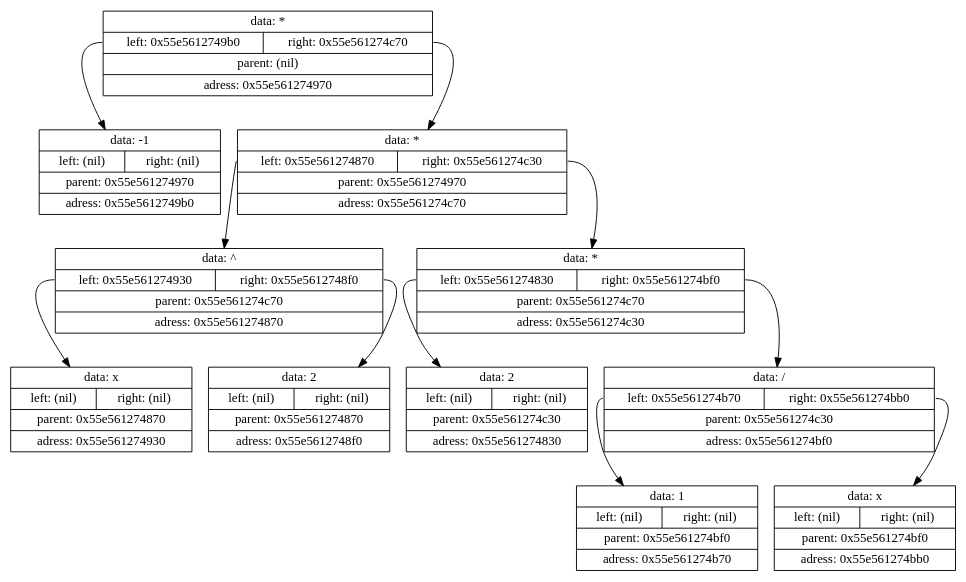
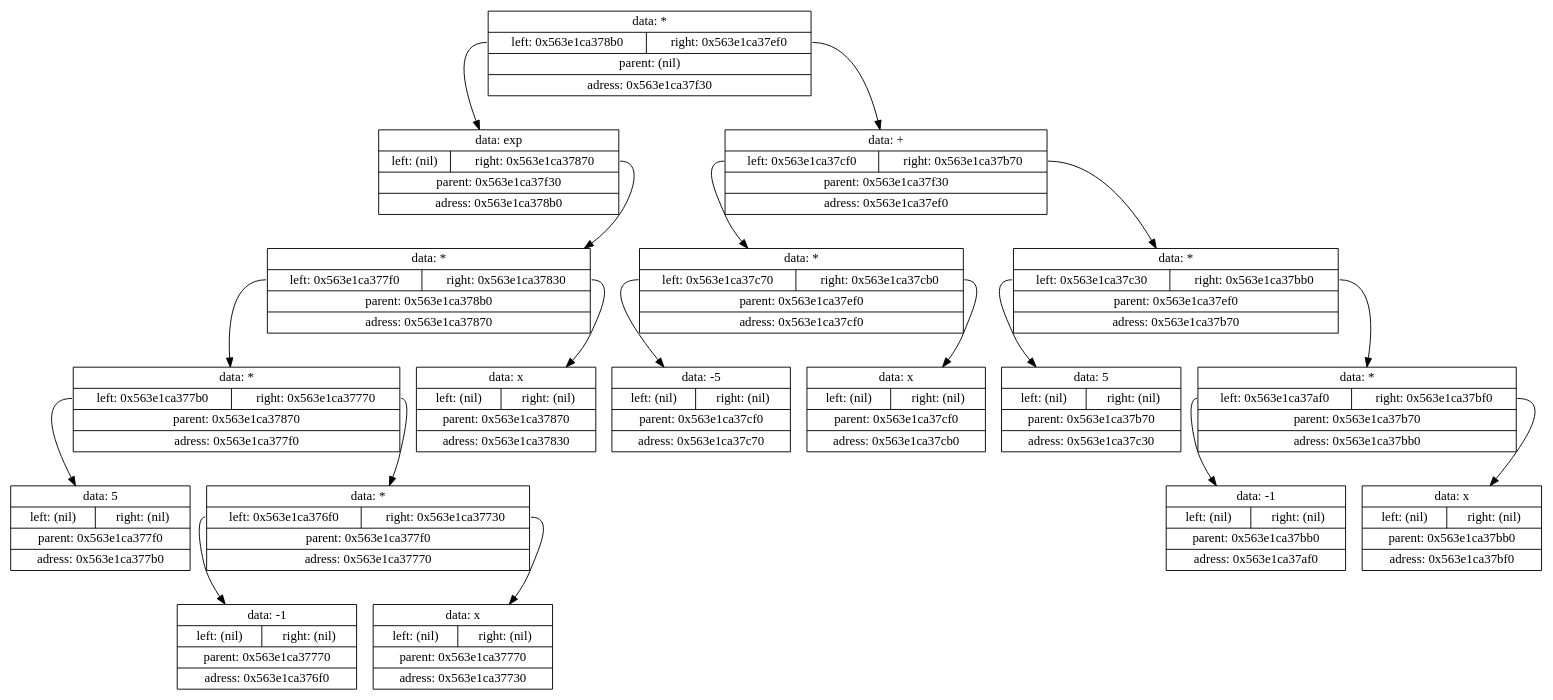
Before and after one commit to Shishqa/MIPT_1sem_C_lang: the diagram in Projects/8.Differenciator/log/tmp/tempautogeneratedlog.gv, drawn with Graphviz. The commit also changed 16 other files, not shown here.

```diff
--- a/Projects/8.Differenciator/log/tmp/tempautogeneratedlog.gv
+++ b/Projects/8.Differenciator/log/tmp/tempautogeneratedlog.gv
@@ -1,25 +1,39 @@
 digraph dump
 {
-	node0x55e561274970 [shape = "record", label = "{<f1>data: *|{<f2>left: 0x55e5612749b0|<f3>right: 0x55e561274c70}|<f4>parent: (nil)|<f5>adress: 0x55e561274970}"];
-	node0x55e5612749b0 [shape = "record", label = "{<f1>data: -1|{<f2>left: (nil)|<f3>right: (nil)}|<f4>parent: 0x55e561274970|<f5>adress: 0x55e5612749b0}"];
-	node0x55e561274970:f2 -> node0x55e5612749b0
-	node0x55e561274c70 [shape = "record", label = "{<f1>data: *|{<f2>left: 0x55e561274870|<f3>right: 0x55e561274c30}|<f4>parent: 0x55e561274970|<f5>adress: 0x55e561274c70}"];
-	node0x55e561274870 [shape = "record", label = "{<f1>data: ^|{<f2>left: 0x55e561274930|<f3>right: 0x55e5612748f0}|<f4>parent: 0x55e561274c70|<f5>adress: 0x55e561274870}"];
-	node0x55e561274930 [shape = "record", label = "{<f1>data: x|{<f2>left: (nil)|<f3>right: (nil)}|<f4>parent: 0x55e561274870|<f5>adress: 0x55e561274930}"];
-	node0x55e561274870:f2 -> node0x55e561274930
-	node0x55e5612748f0 [shape = "record", label = "{<f1>data: 2|{<f2>left: (nil)|<f3>right: (nil)}|<f4>parent: 0x55e561274870|<f5>adress: 0x55e5612748f0}"];
-	node0x55e561274870:f3 -> node0x55e5612748f0
-	node0x55e561274c70:f2 -> node0x55e561274870
-	node0x55e561274c30 [shape = "record", label = "{<f1>data: *|{<f2>left: 0x55e561274830|<f3>right: 0x55e561274bf0}|<f4>parent: 0x55e561274c70|<f5>adress: 0x55e561274c30}"];
-	node0x55e561274830 [shape = "record", label = "{<f1>data: 2|{<f2>left: (nil)|<f3>right: (nil)}|<f4>parent: 0x55e561274c30|<f5>adress: 0x55e561274830}"];
-	node0x55e561274c30:f2 -> node0x55e561274830
-	node0x55e561274bf0 [shape = "record", label = "{<f1>data: /|{<f2>left: 0x55e561274b70|<f3>right: 0x55e561274bb0}|<f4>parent: 0x55e561274c30|<f5>adress: 0x55e561274bf0}"];
-	node0x55e561274b70 [shape = "record", label = "{<f1>data: 1|{<f2>left: (nil)|<f3>right: (nil)}|<f4>parent: 0x55e561274bf0|<f5>adress: 0x55e561274b70}"];
-	node0x55e561274bf0:f2 -> node0x55e561274b70
-	node0x55e561274bb0 [shape = "record", label = "{<f1>data: x|{<f2>left: (nil)|<f3>right: (nil)}|<f4>parent: 0x55e561274bf0|<f5>adress: 0x55e561274bb0}"];
-	node0x55e561274bf0:f3 -> node0x55e561274bb0
-	node0x55e561274c30:f3 -> node0x55e561274bf0
-	node0x55e561274c70:f3 -> node0x55e561274c30
-	node0x55e561274970:f3 -> node0x55e561274c70
+	node0x563e1ca37f30 [shape = "record", label = "{<f1>data: *|{<f2>left: 0x563e1ca378b0|<f3>right: 0x563e1ca37ef0}|<f4>parent: (nil)|<f5>adress: 0x563e1ca37f30}"];
+	node0x563e1ca378b0 [shape = "record", label = "{<f1>data: exp|{<f2>left: (nil)|<f3>right: 0x563e1ca37870}|<f4>parent: 0x563e1ca37f30|<f5>adress: 0x563e1ca378b0}"];
+	node0x563e1ca37870 [shape = "record", label = "{<f1>data: *|{<f2>left: 0x563e1ca377f0|<f3>right: 0x563e1ca37830}|<f4>parent: 0x563e1ca378b0|<f5>adress: 0x563e1ca37870}"];
+	node0x563e1ca377f0 [shape = "record", label = "{<f1>data: *|{<f2>left: 0x563e1ca377b0|<f3>right: 0x563e1ca37770}|<f4>parent: 0x563e1ca37870|<f5>adress: 0x563e1ca377f0}"];
+	node0x563e1ca377b0 [shape = "record", label = "{<f1>data: 5|{<f2>left: (nil)|<f3>right: (nil)}|<f4>parent: 0x563e1ca377f0|<f5>adress: 0x563e1ca377b0}"];
+	node0x563e1ca377f0:f2 -> node0x563e1ca377b0
+	node0x563e1ca37770 [shape = "record", label = "{<f1>data: *|{<f2>left: 0x563e1ca376f0|<f3>right: 0x563e1ca37730}|<f4>parent: 0x563e1ca377f0|<f5>adress: 0x563e1ca37770}"];
+	node0x563e1ca376f0 [shape = "record", label = "{<f1>data: -1|{<f2>left: (nil)|<f3>right: (nil)}|<f4>parent: 0x563e1ca37770|<f5>adress: 0x563e1ca376f0}"];
+	node0x563e1ca37770:f2 -> node0x563e1ca376f0
+	node0x563e1ca37730 [shape = "record", label = "{<f1>data: x|{<f2>left: (nil)|<f3>right: (nil)}|<f4>parent: 0x563e1ca37770|<f5>adress: 0x563e1ca37730}"];
+	node0x563e1ca37770:f3 -> node0x563e1ca37730
+	node0x563e1ca377f0:f3 -> node0x563e1ca37770
+	node0x563e1ca37870:f2 -> node0x563e1ca377f0
+	node0x563e1ca37830 [shape = "record", label = "{<f1>data: x|{<f2>left: (nil)|<f3>right: (nil)}|<f4>parent: 0x563e1ca37870|<f5>adress: 0x563e1ca37830}"];
+	node0x563e1ca37870:f3 -> node0x563e1ca37830
+	node0x563e1ca378b0:f3 -> node0x563e1ca37870
+	node0x563e1ca37f30:f2 -> node0x563e1ca378b0
+	node0x563e1ca37ef0 [shape = "record", label = "{<f1>data: +|{<f2>left: 0x563e1ca37cf0|<f3>right: 0x563e1ca37b70}|<f4>parent: 0x563e1ca37f30|<f5>adress: 0x563e1ca37ef0}"];
+	node0x563e1ca37cf0 [shape = "record", label = "{<f1>data: *|{<f2>left: 0x563e1ca37c70|<f3>right: 0x563e1ca37cb0}|<f4>parent: 0x563e1ca37ef0|<f5>adress: 0x563e1ca37cf0}"];
+	node0x563e1ca37c70 [shape = "record", label = "{<f1>data: -5|{<f2>left: (nil)|<f3>right: (nil)}|<f4>parent: 0x563e1ca37cf0|<f5>adress: 0x563e1ca37c70}"];
+	node0x563e1ca37cf0:f2 -> node0x563e1ca37c70
+	node0x563e1ca37cb0 [shape = "record", label = "{<f1>data: x|{<f2>left: (nil)|<f3>right: (nil)}|<f4>parent: 0x563e1ca37cf0|<f5>adress: 0x563e1ca37cb0}"];
+	node0x563e1ca37cf0:f3 -> node0x563e1ca37cb0
+	node0x563e1ca37ef0:f2 -> node0x563e1ca37cf0
+	node0x563e1ca37b70 [shape = "record", label = "{<f1>data: *|{<f2>left: 0x563e1ca37c30|<f3>right: 0x563e1ca37bb0}|<f4>parent: 0x563e1ca37ef0|<f5>adress: 0x563e1ca37b70}"];
+	node0x563e1ca37c30 [shape = "record", label = "{<f1>data: 5|{<f2>left: (nil)|<f3>right: (nil)}|<f4>parent: 0x563e1ca37b70|<f5>adress: 0x563e1ca37c30}"];
+	node0x563e1ca37b70:f2 -> node0x563e1ca37c30
+	node0x563e1ca37bb0 [shape = "record", label = "{<f1>data: *|{<f2>left: 0x563e1ca37af0|<f3>right: 0x563e1ca37bf0}|<f4>parent: 0x563e1ca37b70|<f5>adress: 0x563e1ca37bb0}"];
+	node0x563e1ca37af0 [shape = "record", label = "{<f1>data: -1|{<f2>left: (nil)|<f3>right: (nil)}|<f4>parent: 0x563e1ca37bb0|<f5>adress: 0x563e1ca37af0}"];
+	node0x563e1ca37bb0:f2 -> node0x563e1ca37af0
+	node0x563e1ca37bf0 [shape = "record", label = "{<f1>data: x|{<f2>left: (nil)|<f3>right: (nil)}|<f4>parent: 0x563e1ca37bb0|<f5>adress: 0x563e1ca37bf0}"];
+	node0x563e1ca37bb0:f3 -> node0x563e1ca37bf0
+	node0x563e1ca37b70:f3 -> node0x563e1ca37bb0
+	node0x563e1ca37ef0:f3 -> node0x563e1ca37b70
+	node0x563e1ca37f30:f3 -> node0x563e1ca37ef0
 
 }
```
